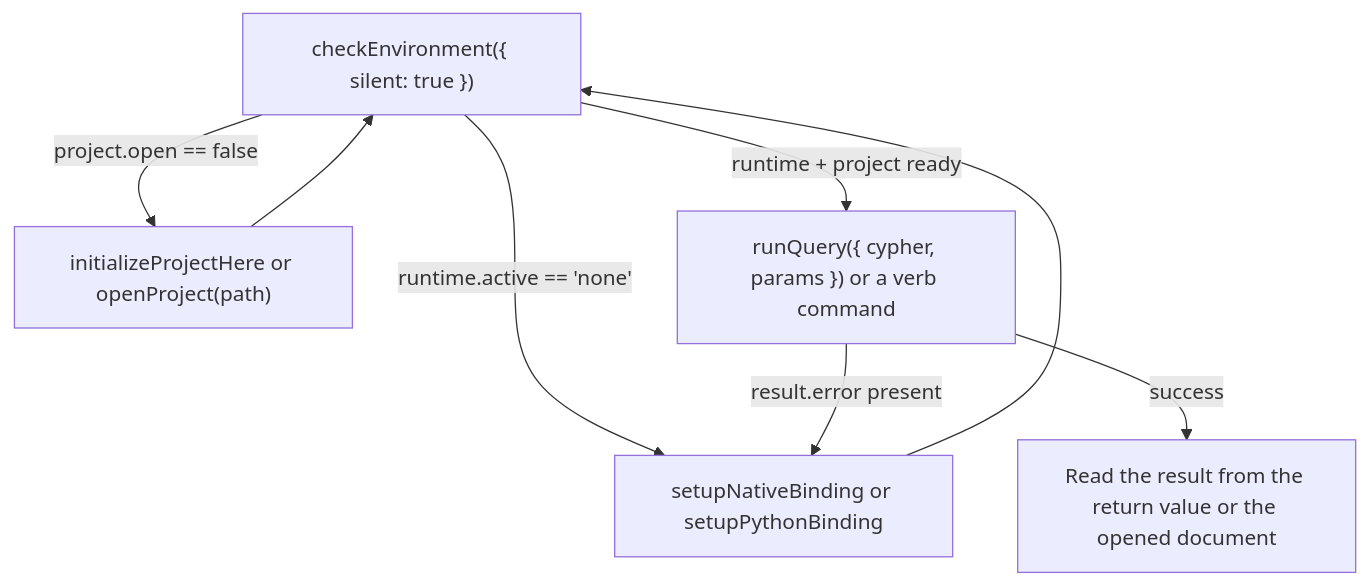
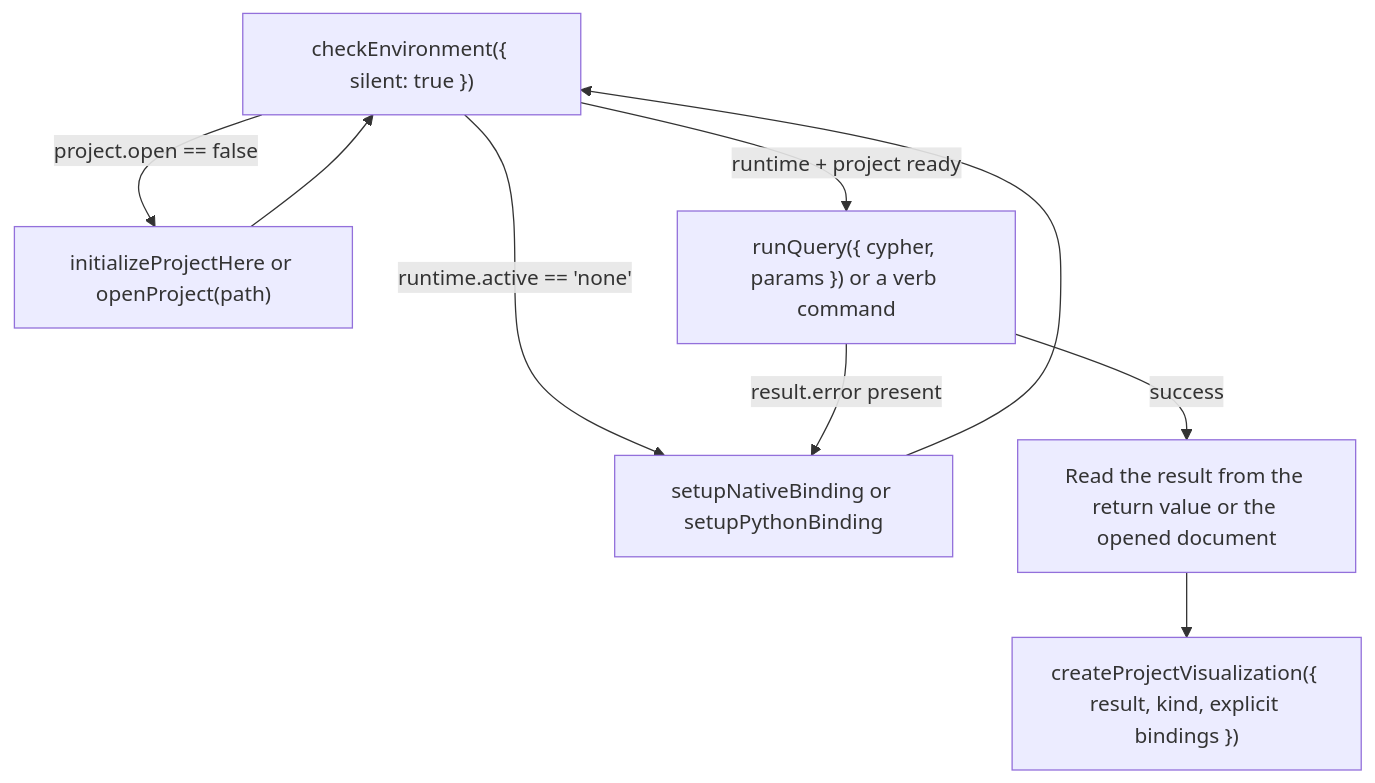
One commit to CurateLabs/graphforge-vscode changed the diagram in docs/published/agent-interop.md. Above: the diagram before and after it, drawn with Mermaid. The commit also changed other lines of this file and 53 other files, not shown here.

````diff
--- a/docs/published/agent-interop.md
+++ b/docs/published/agent-interop.md
@@ -17,10 +17,11 @@
 ```mermaid
 flowchart TD
     A["checkEnvironment({ silent: true })"] -->|runtime.active == 'none'| B["setupNativeBinding or setupPythonBinding"]
     A -->|project.open == false| C["initializeProjectHere or openProject(path)"]
     A -->|runtime + project ready| D["runQuery({ cypher, params }) or a verb command"]
     B --> A
     C --> A
     D -->|result.error present| B
     D -->|success| E["Read the result from the return value or the opened document"]
+    E --> F["createProjectVisualization({ result, kind, explicit bindings })"]
 ```
````
